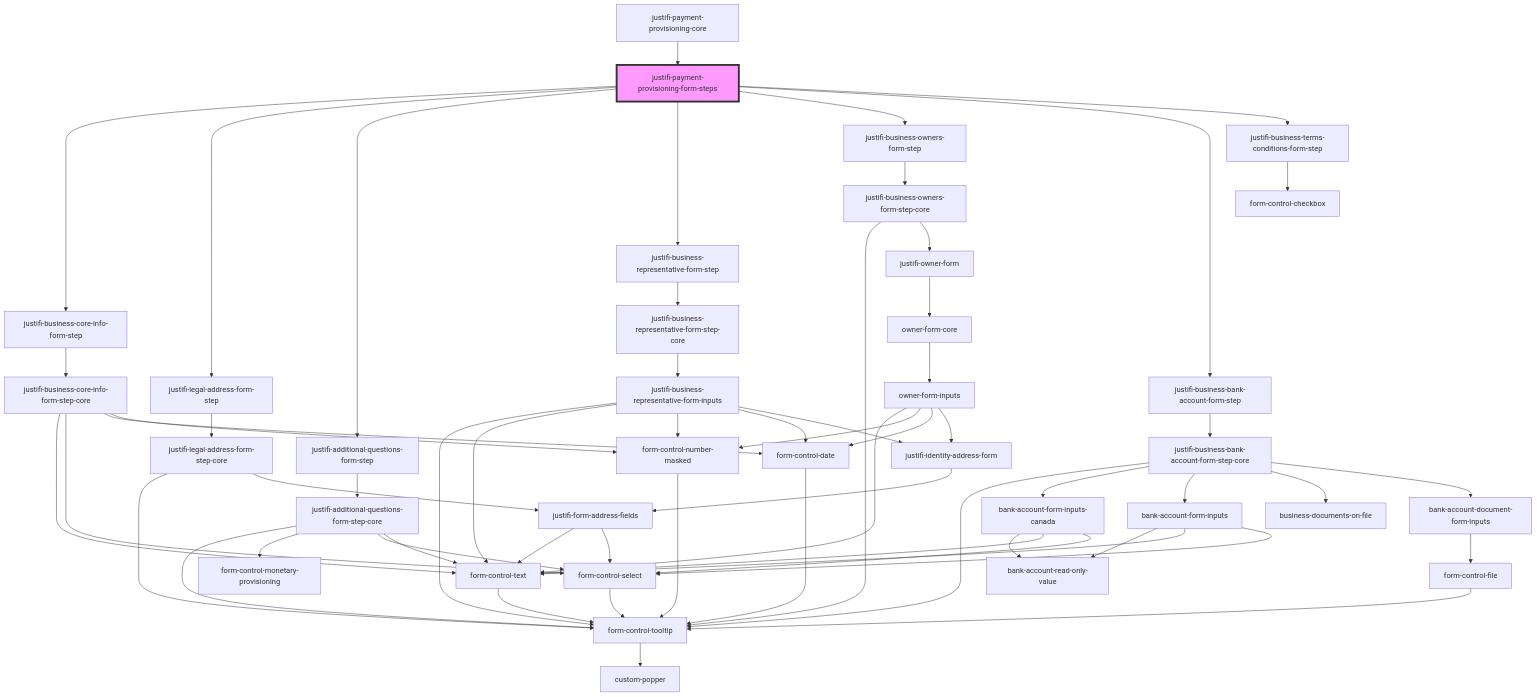
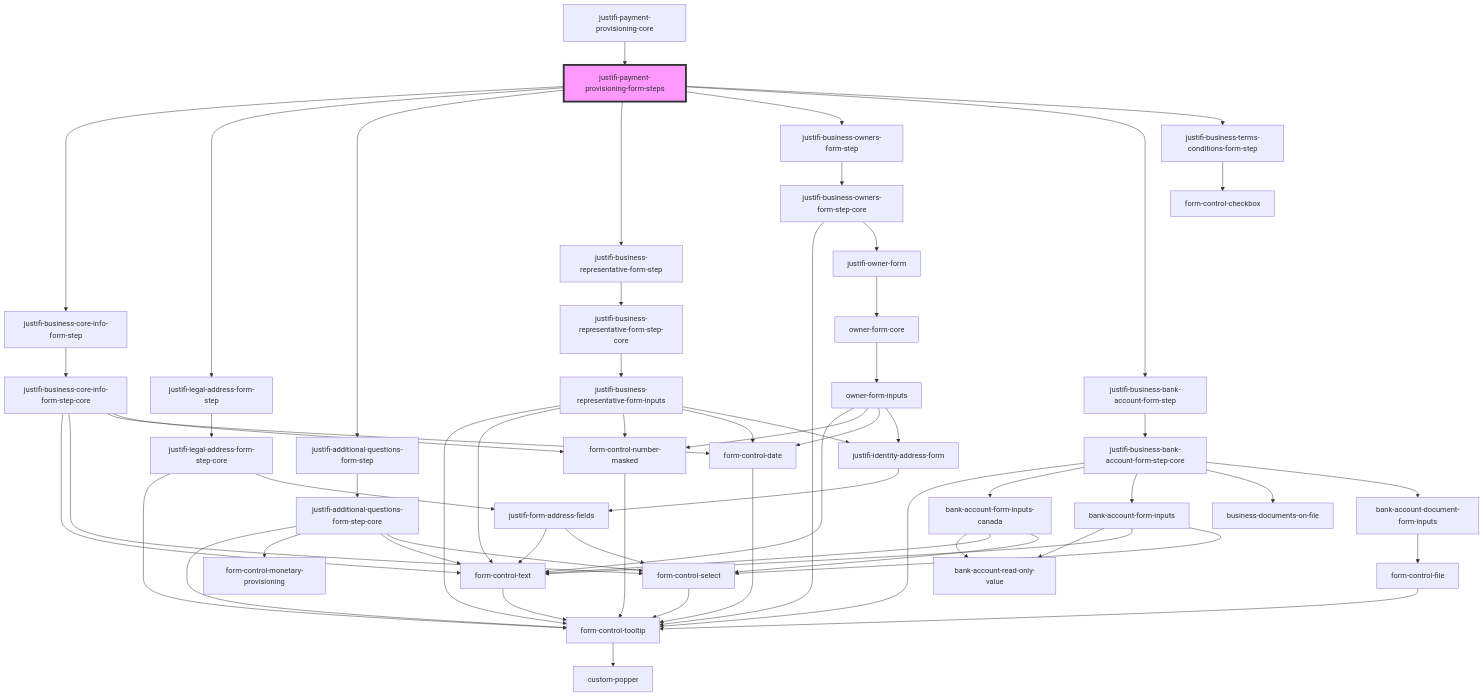
One commit to justifi-tech/web-component-library changed the diagram in packages/webcomponents/src/components/business-forms/payment-provisioning/readme.md. Above: the diagram before and after it, drawn with Mermaid. The commit also changed other lines of this file and 2 other files, not shown here.

````diff
--- a/packages/webcomponents/src/components/business-forms/payment-provisioning/readme.md
+++ b/packages/webcomponents/src/components/business-forms/payment-provisioning/readme.md
@@ -36,64 +36,64 @@
 ```mermaid
 graph TD;
   justifi-payment-provisioning-form-steps --> justifi-business-core-info-form-step
   justifi-payment-provisioning-form-steps --> justifi-legal-address-form-step
   justifi-payment-provisioning-form-steps --> justifi-additional-questions-form-step
   justifi-payment-provisioning-form-steps --> justifi-business-representative-form-step
   justifi-payment-provisioning-form-steps --> justifi-business-owners-form-step
   justifi-payment-provisioning-form-steps --> justifi-business-bank-account-form-step
   justifi-payment-provisioning-form-steps --> justifi-business-terms-conditions-form-step
   justifi-business-core-info-form-step --> justifi-business-core-info-form-step-core
   justifi-business-core-info-form-step-core --> form-control-text
   justifi-business-core-info-form-step-core --> form-control-select
   justifi-business-core-info-form-step-core --> form-control-date
   justifi-business-core-info-form-step-core --> form-control-number-masked
   form-control-text --> form-control-tooltip
   form-control-tooltip --> custom-popper
   form-control-select --> form-control-tooltip
   form-control-date --> form-control-tooltip
   form-control-number-masked --> form-control-tooltip
   justifi-legal-address-form-step --> justifi-legal-address-form-step-core
   justifi-legal-address-form-step-core --> form-control-tooltip
   justifi-legal-address-form-step-core --> justifi-form-address-fields
   justifi-form-address-fields --> form-control-text
   justifi-form-address-fields --> form-control-select
   justifi-additional-questions-form-step --> justifi-additional-questions-form-step-core
   justifi-additional-questions-form-step-core --> form-control-tooltip
   justifi-additional-questions-form-step-core --> form-control-monetary-provisioning
+  justifi-additional-questions-form-step-core --> form-control-text
   justifi-additional-questions-form-step-core --> form-control-select
-  justifi-additional-questions-form-step-core --> form-control-text
   justifi-business-representative-form-step --> justifi-business-representative-form-step-core
   justifi-business-representative-form-step-core --> justifi-business-representative-form-inputs
   justifi-business-representative-form-inputs --> form-control-tooltip
   justifi-business-representative-form-inputs --> form-control-text
   justifi-business-representative-form-inputs --> form-control-number-masked
   justifi-business-representative-form-inputs --> form-control-date
   justifi-business-representative-form-inputs --> justifi-identity-address-form
   justifi-identity-address-form --> justifi-form-address-fields
   justifi-business-owners-form-step --> justifi-business-owners-form-step-core
   justifi-business-owners-form-step-core --> form-control-tooltip
   justifi-business-owners-form-step-core --> justifi-owner-form
   justifi-owner-form --> owner-form-core
   owner-form-core --> owner-form-inputs
   owner-form-inputs --> form-control-text
   owner-form-inputs --> form-control-number-masked
   owner-form-inputs --> form-control-date
   owner-form-inputs --> justifi-identity-address-form
   justifi-business-bank-account-form-step --> justifi-business-bank-account-form-step-core
   justifi-business-bank-account-form-step-core --> form-control-tooltip
   justifi-business-bank-account-form-step-core --> bank-account-form-inputs-canada
   justifi-business-bank-account-form-step-core --> bank-account-form-inputs
   justifi-business-bank-account-form-step-core --> business-documents-on-file
   justifi-business-bank-account-form-step-core --> bank-account-document-form-inputs
   bank-account-form-inputs-canada --> bank-account-read-only-value
   bank-account-form-inputs-canada --> form-control-text
   bank-account-form-inputs-canada --> form-control-select
   bank-account-form-inputs --> bank-account-read-only-value
   bank-account-form-inputs --> form-control-text
   bank-account-form-inputs --> form-control-select
   bank-account-document-form-inputs --> form-control-file
   form-control-file --> form-control-tooltip
   justifi-business-terms-conditions-form-step --> form-control-checkbox
   justifi-payment-provisioning-core --> justifi-payment-provisioning-form-steps
   style justifi-payment-provisioning-form-steps fill:#f9f,stroke:#333,stroke-width:4px
 ```
````
